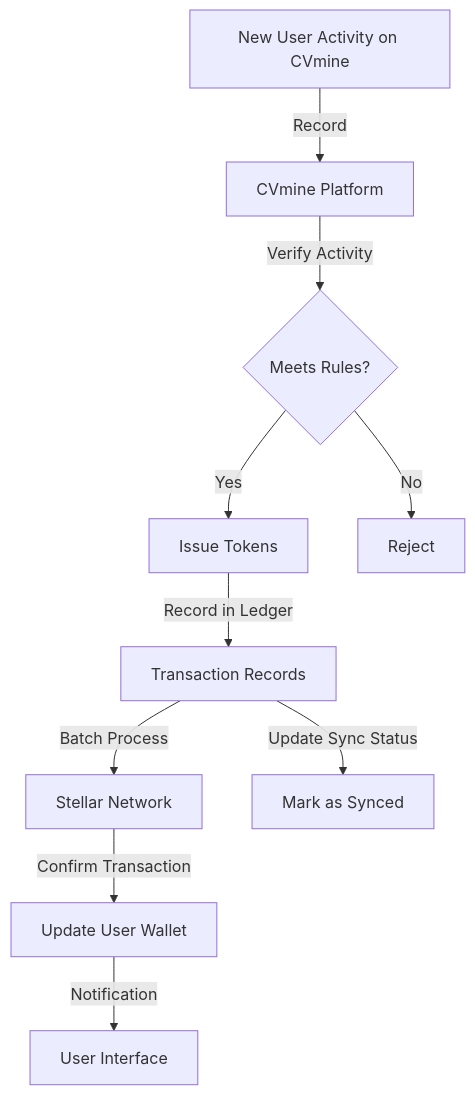
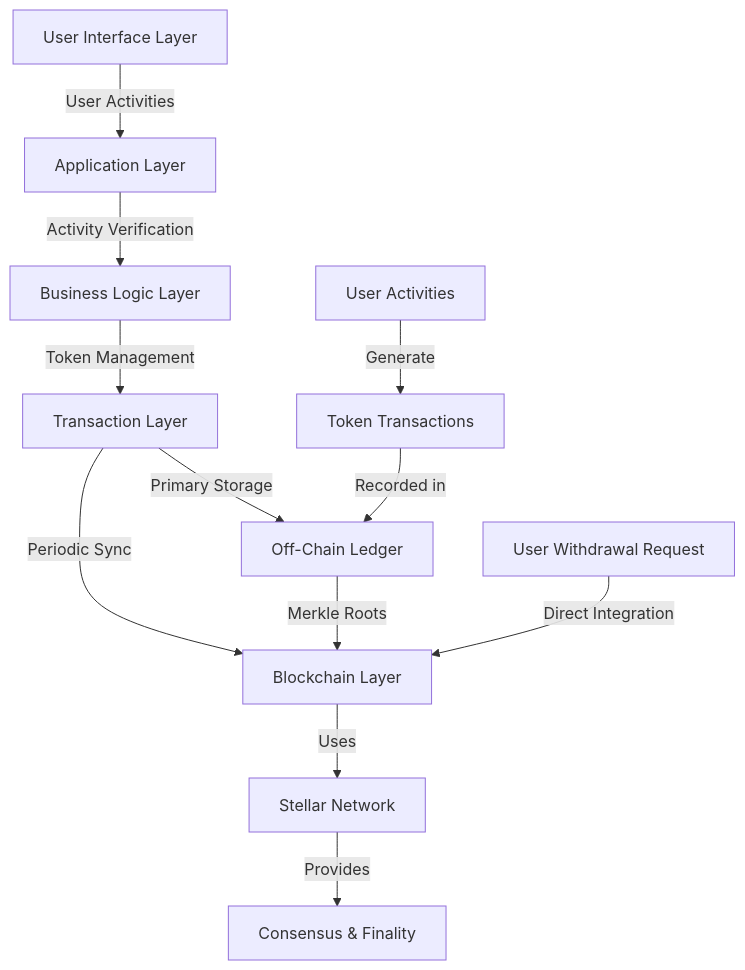
One commit to karthikhosur/italtoken changed diagram 15 of 25 in whitepaper.md. Above: the diagram before and after it, drawn with Mermaid. The commit also changed other lines of this file, not shown here.

````diff
--- a/whitepaper.md
+++ b/whitepaper.md
@@ -398,12 +648,17 @@
 ```mermaid
 graph TD
-    A[New User Activity on CVmine] -->|Record| B[CVmine Platform]
-    B -->|Verify Activity| C{Meets Rules?}
-    C -->|Yes| D[Issue Tokens]
-    C -->|No| E[Reject]
-    D -->|Record in Ledger| F[Transaction Records]
-    F -->|Batch Process| G[Stellar Network]
-    G -->|Confirm Transaction| H[Update User Wallet]
-    H -->|Notification| I[User Interface]
-    F -->|Update Sync Status| J[Mark as Synced]
+    A[User Interface Layer] -->|User Activities| B[Application Layer]
+    B -->|Activity Verification| C[Business Logic Layer]
+    C -->|Token Management| D[Transaction Layer]
+    D -->|Primary Storage| E[Off-Chain Ledger]
+    D -->|Periodic Sync| F[Blockchain Layer]
+    
+    G[User Activities] -->|Generate| H[Token Transactions]
+    H -->|Recorded in| E
+    E -->|Merkle Roots| F
+    
+    I[User Withdrawal Request] -->|Direct Integration| F
+    
+    F -->|Uses| J[Stellar Network]
+    J -->|Provides| K[Consensus & Finality]
 ```
````
